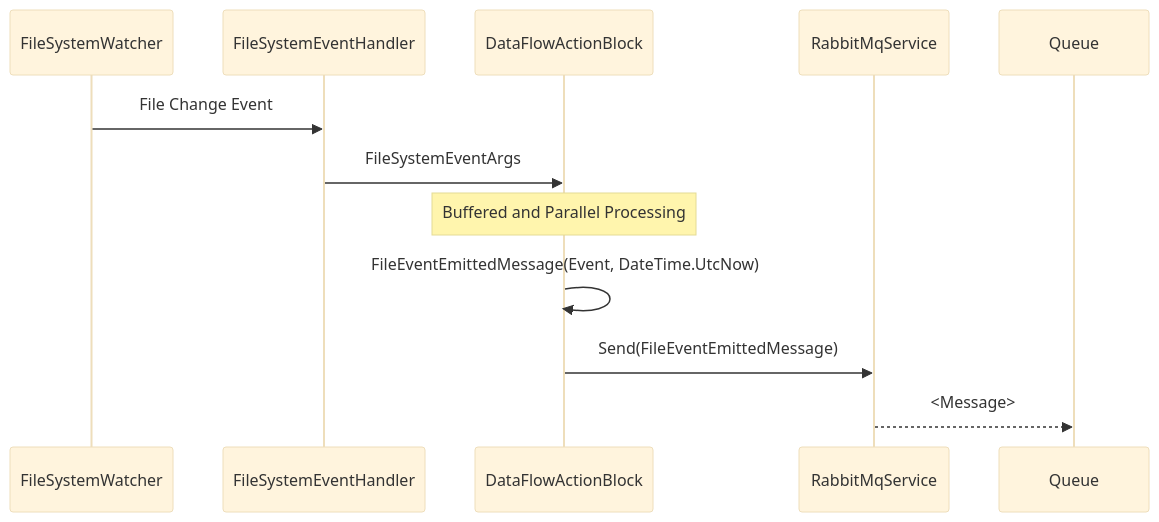
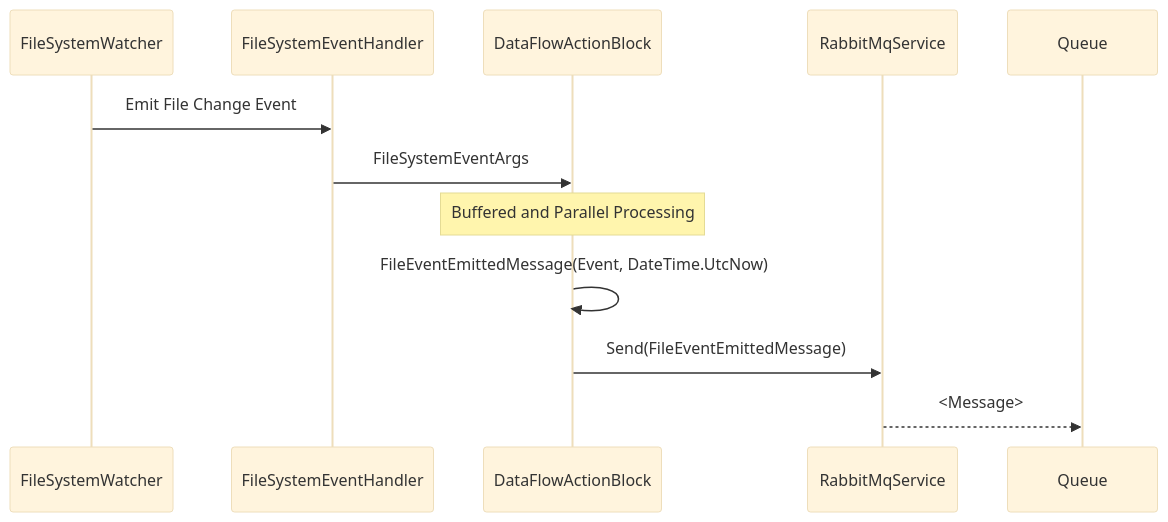
The third of 4 diagrams in README.md (JakePathFinder/FolderMonitor), drawn with Mermaid (base theme) before and after one commit. The commit also changed other lines of this file, not shown here.

````diff
--- a/README.md
+++ b/README.md
@@ -275,15 +292,15 @@
 ```mermaid
 sequenceDiagram
     participant FileSystemWatcher as FileSystemWatcher
     participant FileSystemEventHandler as FileSystemEventHandler
     participant DataFlowActionBlock as DataFlowActionBlock
     participant RabbitMqService as RabbitMqService
     participant Queue as Queue
 
-    FileSystemWatcher->>FileSystemEventHandler: File Change Event
+    FileSystemWatcher->>FileSystemEventHandler: Emit File Change Event
     FileSystemEventHandler->>DataFlowActionBlock: FileSystemEventArgs
     Note over DataFlowActionBlock: Buffered and Parallel Processing
     DataFlowActionBlock->>DataFlowActionBlock: FileEventEmittedMessage(Event, DateTime.UtcNow)
     DataFlowActionBlock->>RabbitMqService: Send(FileEventEmittedMessage)
     RabbitMqService-->>Queue: <Message>
 ```
````
